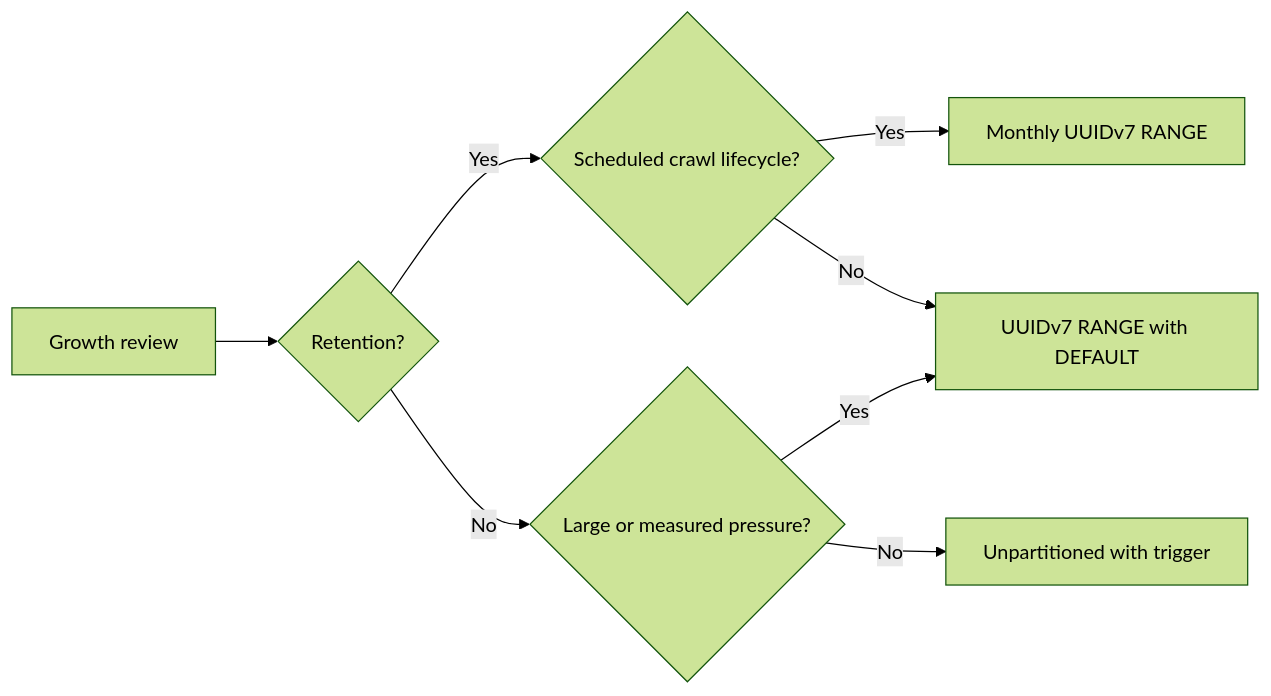
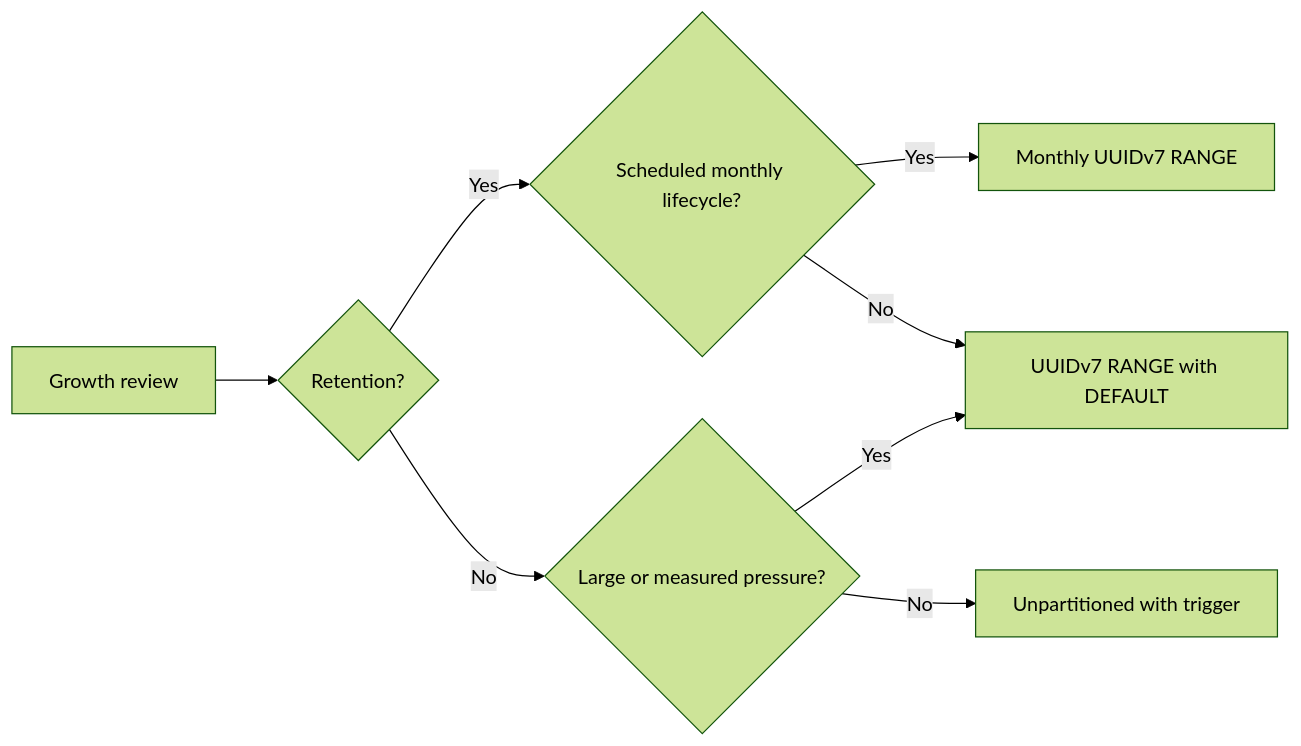
Before and after one commit to vouchington/vouchington: the diagram in docs/overview/architecture/partitioning-strategy.md, drawn with Mermaid (forest theme). The commit also changed other lines of this file and 40 other files, not shown here.

````diff
--- a/docs/overview/architecture/partitioning-strategy.md
+++ b/docs/overview/architecture/partitioning-strategy.md
@@ -27,10 +34,10 @@
 ```mermaid
 flowchart LR
   A[Growth review] --> B{Retention?}
-  B -->|Yes| C{Scheduled crawl lifecycle?}
+  B -->|Yes| C{Scheduled monthly lifecycle?}
   C -->|Yes| G[Monthly UUIDv7 RANGE]
   C -->|No| E[UUIDv7 RANGE with DEFAULT]
   B -->|No| D{Large or measured pressure?}
   D -->|Yes| E[UUIDv7 RANGE with DEFAULT]
   D -->|No| F[Unpartitioned with trigger]
 ```
````
